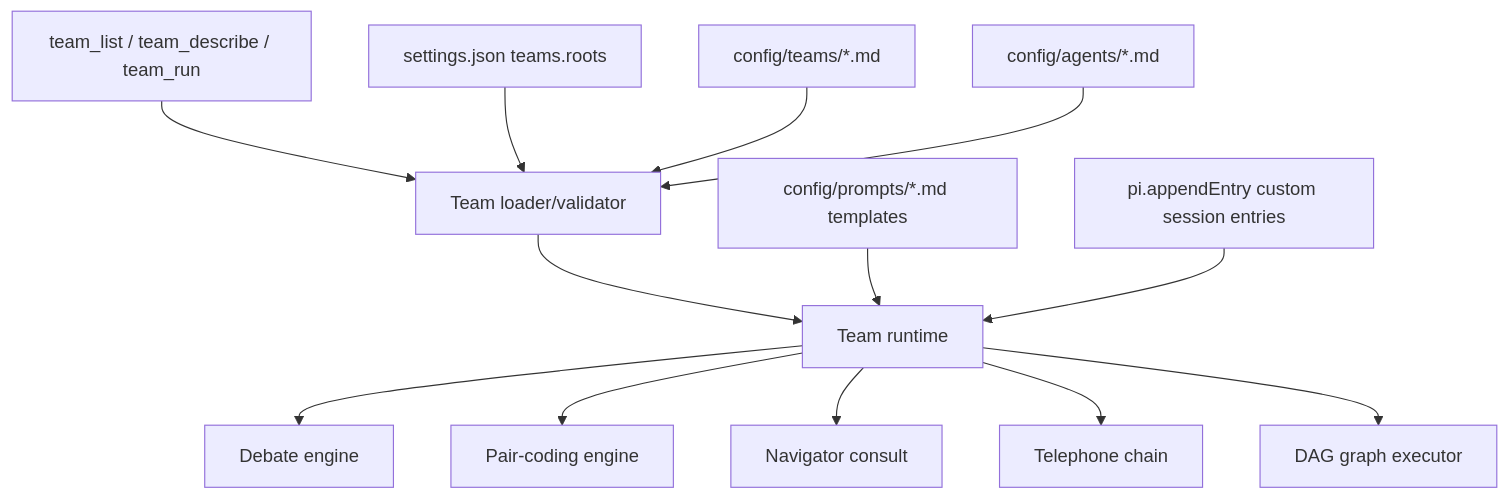
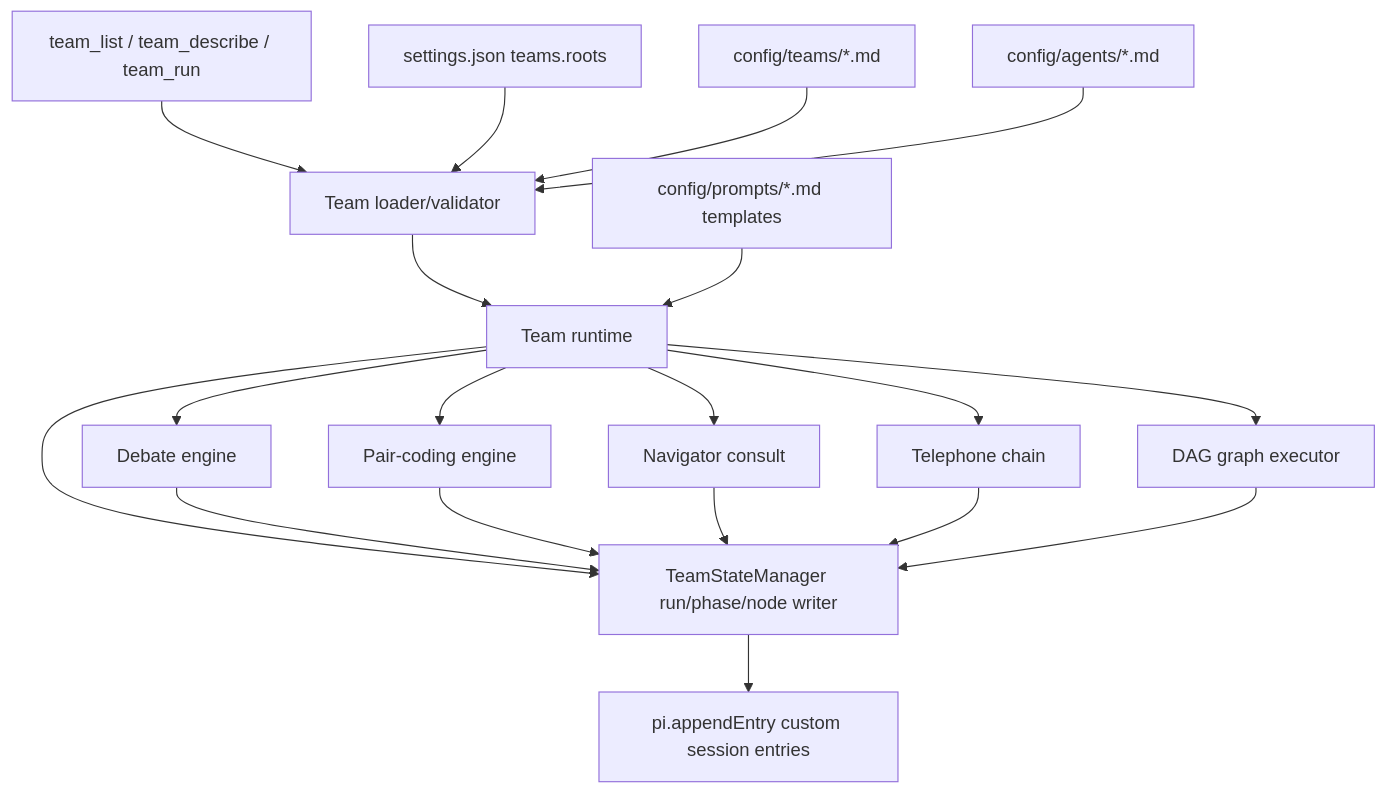
The first of 2 diagrams in docs/teams-migration-plan.md (tS7hKamAYL84j91/pi-tools-and-skills), drawn with Mermaid before and after one commit. The commit also changed other lines of this file and 9 other files, not shown here.

````diff
--- a/docs/teams-migration-plan.md
+++ b/docs/teams-migration-plan.md
@@ -12,15 +12,21 @@
 ```mermaid
 flowchart TD
   TeamTools[team_list / team_describe / team_run] --> Loader[Team loader/validator]
   Settings[settings.json teams.roots] --> Loader
   Teams[config/teams/*.md] --> Loader
   Agents[config/agents/*.md] --> Loader
   Loader --> Runtime[Team runtime]
   Runtime --> Debate[Debate engine]
   Runtime --> PairCoding[Pair-coding engine]
   Runtime --> PairConsult[Navigator consult]
   Runtime --> Telephone[Telephone chain]
   Runtime --> Graph[DAG graph executor]
+  Runtime --> StateWriter[TeamStateManager run/phase/node writer]
+  Debate --> StateWriter
+  PairCoding --> StateWriter
+  PairConsult --> StateWriter
+  Telephone --> StateWriter
+  Graph --> StateWriter
   Prompts[config/prompts/*.md templates] --> Runtime
-  State[pi.appendEntry custom session entries] --> Runtime
+  StateWriter --> State[pi.appendEntry custom session entries]
 ```
````
